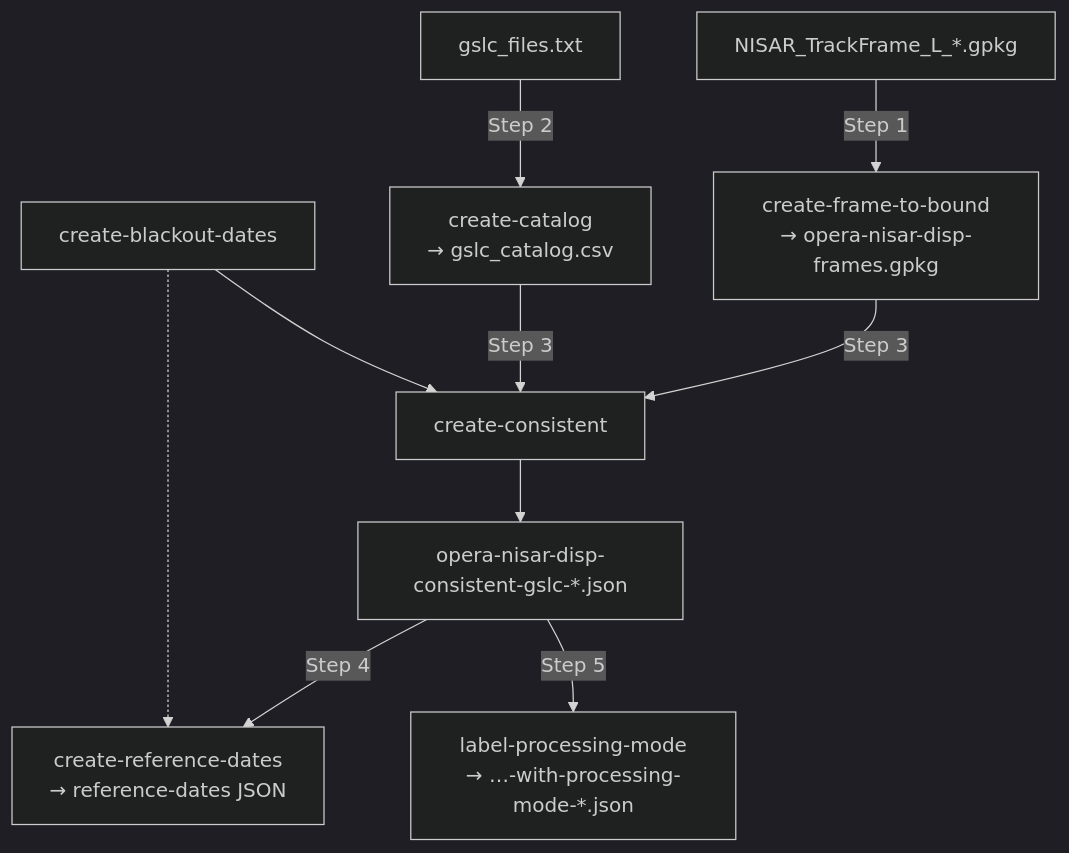
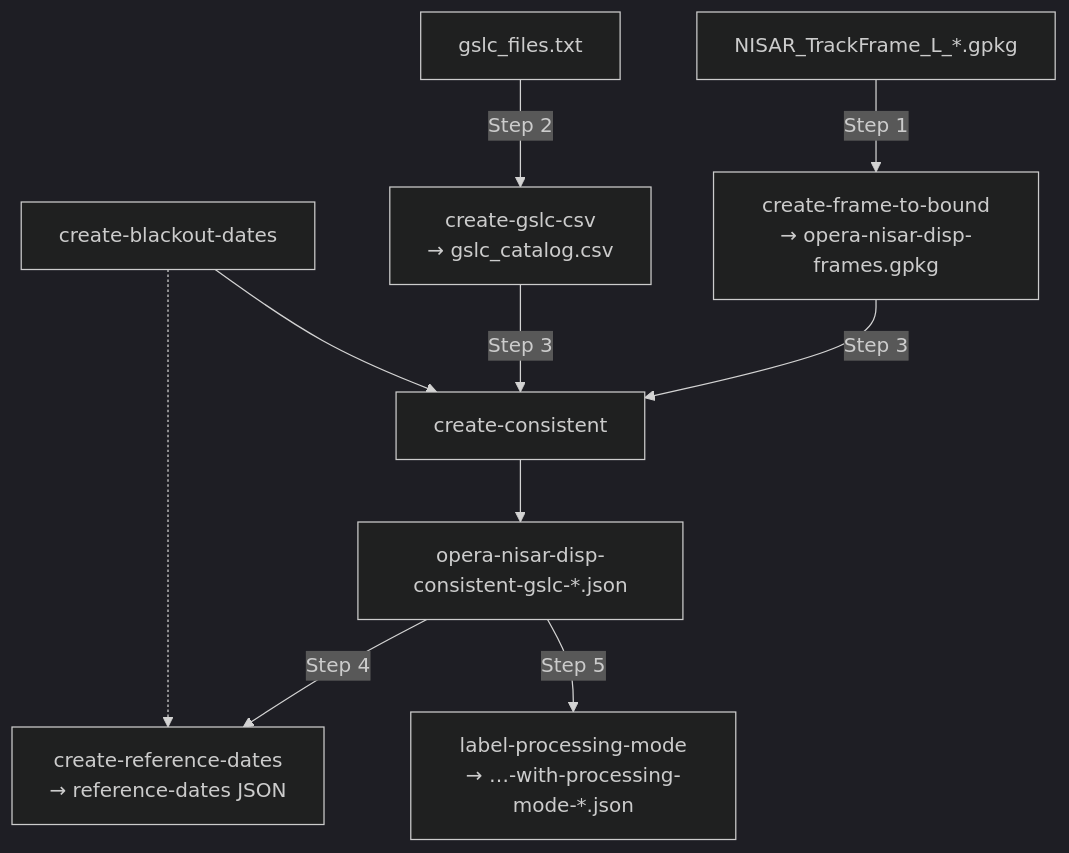
The diagram in docs/tutorials/consistent-mode-database.md (opera-adt/nisar_db), drawn with Mermaid (dark theme) before and after one commit. The commit also changed other lines of this file and 11 other files, not shown here.

First line of the commit message:
refactor(cli): rename create-catalog to create-gslc-csv (#24)

````diff
--- a/docs/tutorials/consistent-mode-database.md
+++ b/docs/tutorials/consistent-mode-database.md
@@ -238,12 +238,12 @@
 ```mermaid
 flowchart TD
     G["NISAR_TrackFrame_L_*.gpkg"] -->|Step 1| FTB["create-frame-to-bound<br/>→ opera-nisar-disp-frames.gpkg"]
-    L["gslc_files.txt"] -->|Step 2| CAT["create-catalog<br/>→ gslc_catalog.csv"]
+    L["gslc_files.txt"] -->|Step 2| CAT["create-gslc-csv<br/>→ gslc_catalog.csv"]
     FTB -->|Step 3| CON["create-consistent"]
     CAT -->|Step 3| CON
     BL["create-blackout-dates"] --> CON
     CON --> OUT["opera-nisar-disp-consistent-gslc-*.json"]
     OUT -->|Step 4| REF["create-reference-dates<br/>→ reference-dates JSON"]
     BL -.-> REF
     OUT -->|Step 5| PM["label-processing-mode<br/>→ …-with-processing-mode-*.json"]
 ```
````
